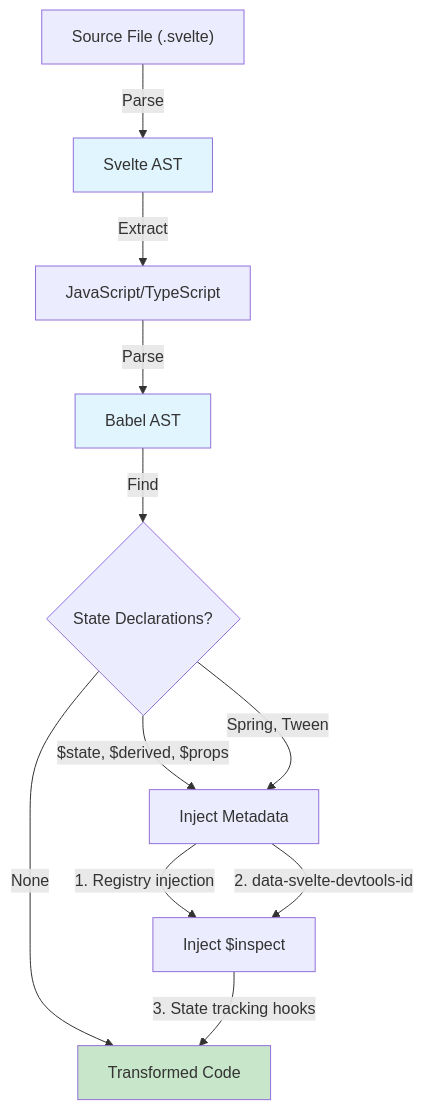
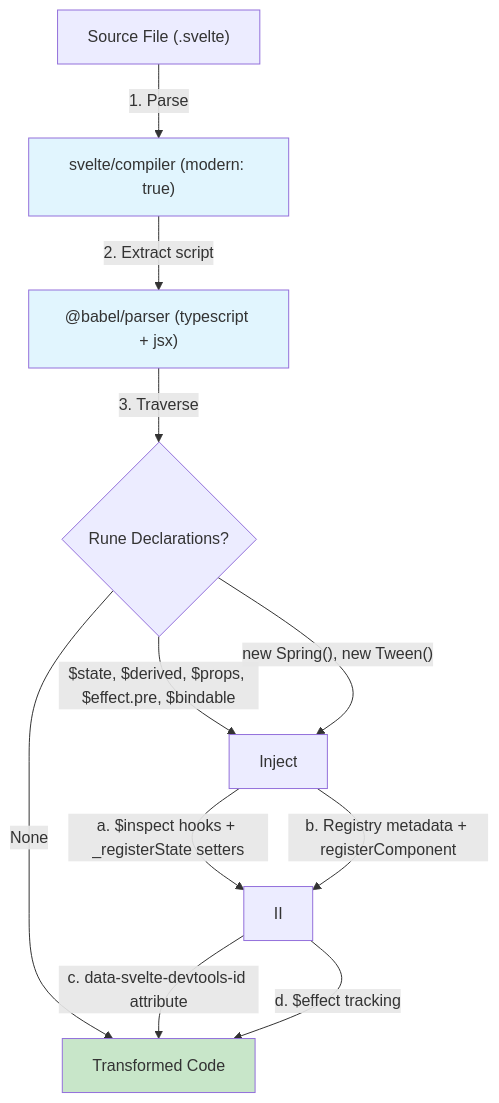
One commit to fsodano/svelte-devtools changed the diagram in docs/02_vite-plugin.md. Above: the diagram before and after it, drawn with Mermaid. The commit also changed other lines of this file and 26 other files, not shown here.

````diff
--- a/docs/02_vite-plugin.md
+++ b/docs/02_vite-plugin.md
@@ -67,19 +95,19 @@
 ```mermaid
 flowchart TB
-    SF["Source File (.svelte)"] -->|"Parse"| SA["Svelte AST"]
-    SA -->|"Extract"| JS["JavaScript/TypeScript"]
-    JS -->|"Parse"| BABEL["Babel AST"]
-    BABEL -->|"Find"| SD{"State Declarations?"}
+    SF["Source File (.svelte)"] -->|"1. Parse"| SA["svelte/compiler (modern: true)"]
+    SA -->|"2. Extract script"| BABEL["@babel/parser (typescript + jsx)"]
+    BABEL -->|"3. Traverse"| SD{"Rune Declarations?"}
 
-    SD -->|"$state, $derived, $props"| IM["Inject Metadata"]
-    SD -->|"Spring, Tween"| IM
+    SD -->|"$state, $derived, $props, $effect.pre, $bindable"| IM["Inject"]
+    SD -->|"new Spring(), new Tween()"| IM
     SD -->|"None"| TC["Transformed Code"]
 
-    IM -->|"1. Registry injection"| II["Inject $inspect"]
-    IM -->|"2. data-svelte-devtools-id"| II
-    II -->|"3. State tracking hooks"| TC
+    IM -->|"a. $inspect hooks + _registerState setters"| II
+    IM -->|"b. Registry metadata + registerComponent"| II
+    II -->|"c. data-svelte-devtools-id attribute"| TC
+    II -->|"d. $effect tracking"| TC
 
     style SA fill:#e1f5fe
     style BABEL fill:#e1f5fe
     style TC fill:#c8e6c9
 ```
````
